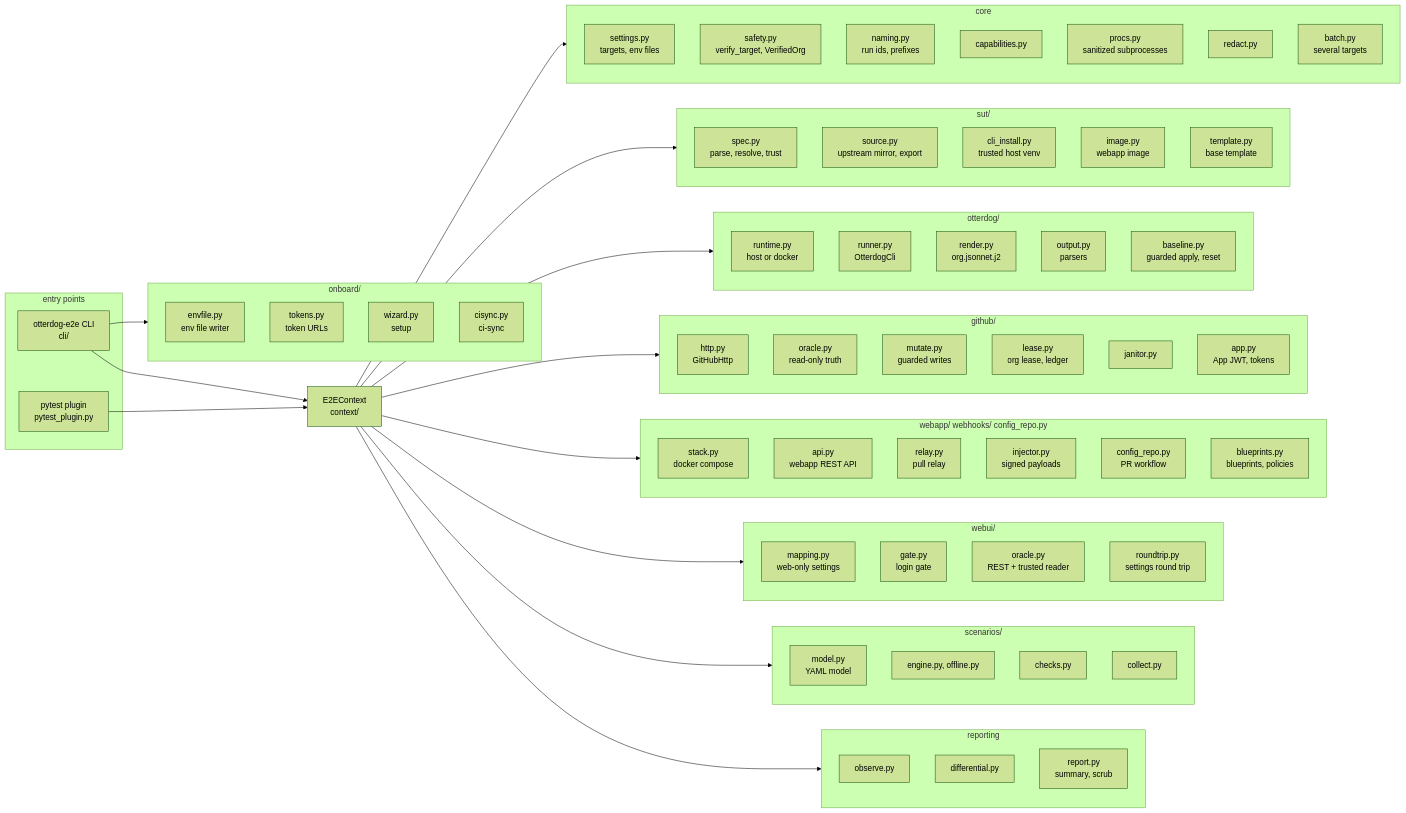
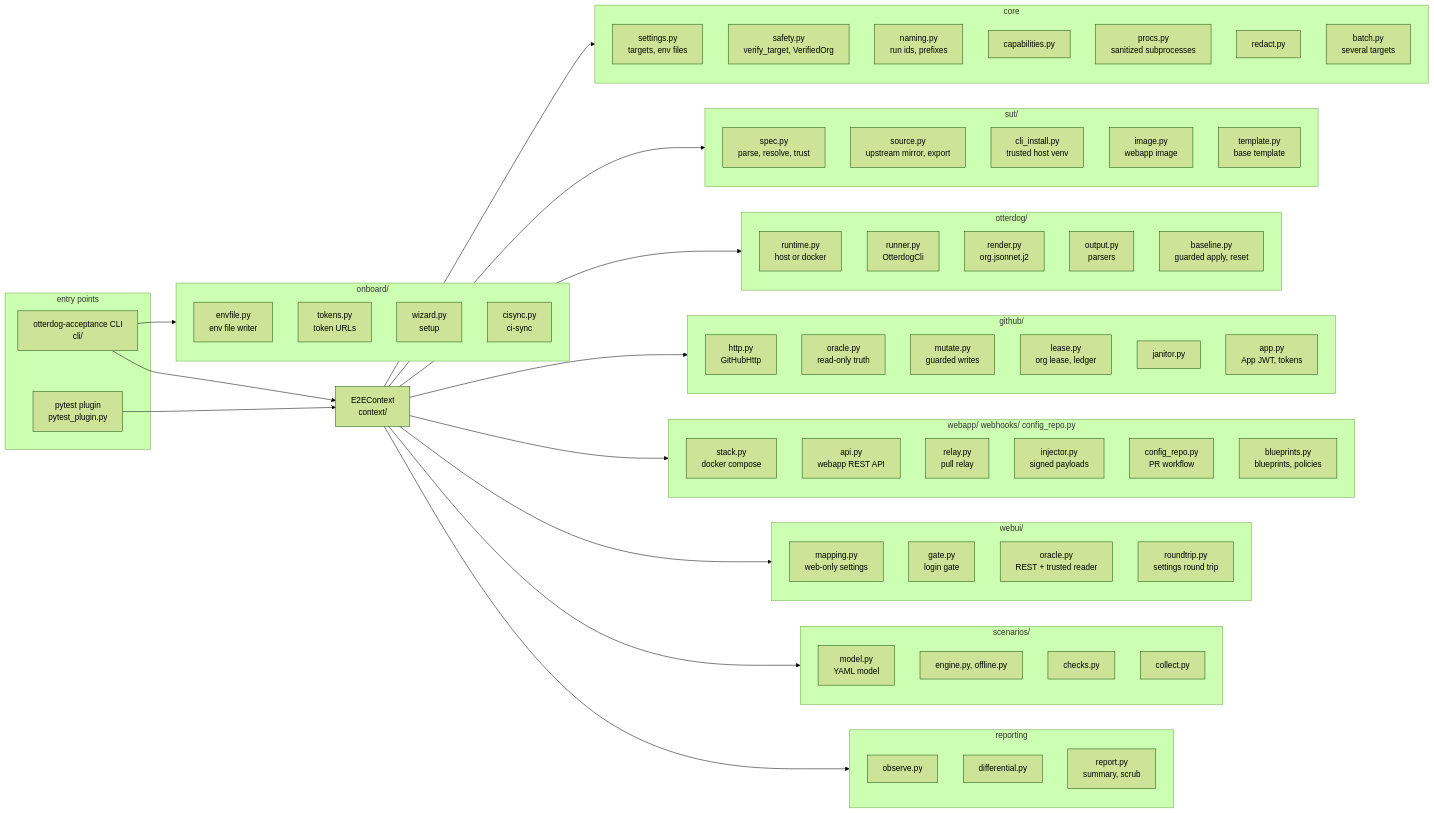
One commit to heurtematte/otterdog-e2e changed the first of 5 diagrams in docs/architecture.md. Above: the diagram before and after it, drawn with Mermaid (forest theme). The commit also changed other lines of this file and 500 other files, not shown here.

First line of the commit message:
refactor: rename the project otterdog-acceptance

````diff
--- a/docs/architecture.md
+++ b/docs/architecture.md
@@ -33,75 +33,75 @@
 ```mermaid
 flowchart LR
   subgraph entry["entry points"]
-    CLI["otterdog-e2e CLI<br/>cli/"]
+    CLI["otterdog-acceptance CLI<br/>cli/"]
     PLUGIN["pytest plugin<br/>pytest_plugin.py"]
   end
   CTX["E2EContext<br/>context/"]
   CLI --> CTX
   PLUGIN --> CTX
 
   subgraph core["core"]
     SET["settings.py<br/>targets, env files"]
     SAFE["safety.py<br/>verify_target, VerifiedOrg"]
     NAME["naming.py<br/>run ids, prefixes"]
     CAPS["capabilities.py"]
     PROCS["procs.py<br/>sanitized subprocesses"]
     RED["redact.py"]
     BATCH["batch.py<br/>several targets"]
   end
   subgraph onb["onboard/"]
     ENVF["envfile.py<br/>env file writer"]
     TOK["tokens.py<br/>token URLs"]
     WIZ["wizard.py<br/>setup"]
     CIS["cisync.py<br/>ci-sync"]
   end
   CLI --> onb
   subgraph sut["sut/"]
     SPEC["spec.py<br/>parse, resolve, trust"]
     SRC["source.py<br/>upstream mirror, export"]
     INST["cli_install.py<br/>trusted host venv"]
     IMG["image.py<br/>webapp image"]
     TPL["template.py<br/>base template"]
   end
   subgraph od["otterdog/"]
     RT["runtime.py<br/>host or docker"]
     RUN["runner.py<br/>OtterdogCli"]
     REN["render.py<br/>org.jsonnet.j2"]
     OUT["output.py<br/>parsers"]
     BASE["baseline.py<br/>guarded apply, reset"]
   end
   subgraph gh["github/"]
     HTTP["http.py<br/>GitHubHttp"]
     ORA["oracle.py<br/>read-only truth"]
     MUT["mutate.py<br/>guarded writes"]
     LEASE["lease.py<br/>org lease, ledger"]
     JAN["janitor.py"]
     APP["app.py<br/>App JWT, tokens"]
   end
   subgraph web["webapp/ webhooks/ config_repo.py"]
     STACK["stack.py<br/>docker compose"]
     API["api.py<br/>webapp REST API"]
     RELAY["relay.py<br/>pull relay"]
     INJ["injector.py<br/>signed payloads"]
     FLOW["config_repo.py<br/>PR workflow"]
     BP["blueprints.py<br/>blueprints, policies"]
   end
   subgraph wui["webui/"]
     WMAP["mapping.py<br/>web-only settings"]
     GATE["gate.py<br/>login gate"]
     WORA["oracle.py<br/>REST + trusted reader"]
     TRIP["roundtrip.py<br/>settings round trip"]
   end
   subgraph sc["scenarios/"]
     MODEL["model.py<br/>YAML model"]
     ENG["engine.py, offline.py"]
     CHK["checks.py"]
     COLL["collect.py"]
   end
   subgraph rep["reporting"]
     OBS["observe.py"]
     DIFF["differential.py"]
     REPORT["report.py<br/>summary, scrub"]
   end
   CTX --> core & sut & od & gh & web & wui & sc & rep
 ```
````
